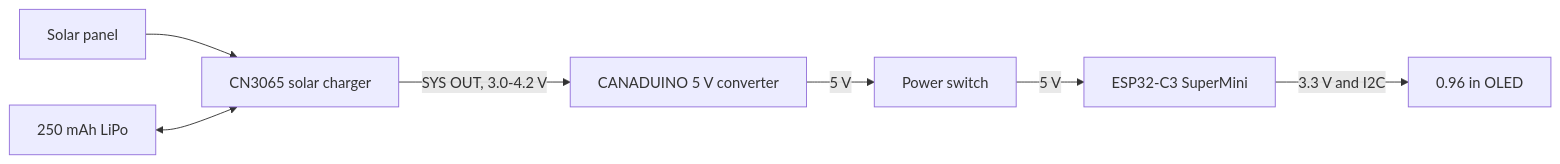
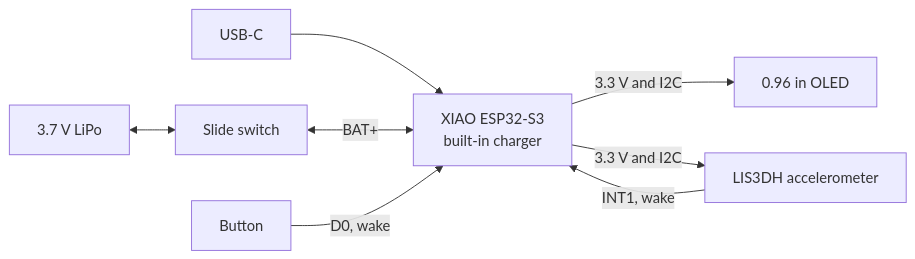
The first of 5 diagrams in README.md (hronkrobotics/solareyes), drawn with Mermaid before and after one commit. The commit also changed other lines of this file and 19 other files, not shown here.

First line of the commit message:
Version 2: XIAO ESP32-S3, USB-C charging, printed case, moods, and a dizzy mode

````diff
--- a/README.md
+++ b/README.md
@@ -27,9 +29,10 @@
 ```mermaid
 flowchart LR
-    PANEL["Solar panel"] --> CN["CN3065 solar charger"]
-    CELL["250 mAh LiPo"] <--> CN
-    CN -->|"SYS OUT, 3.0-4.2 V"| REG["CANADUINO 5 V converter"]
-    REG -->|"5 V"| SW["Power switch"]
-    SW -->|"5 V"| MCU["ESP32-C3 SuperMini"]
+    USB["USB-C"] --> MCU["XIAO ESP32-S3<br/>built-in charger"]
+    CELL["3.7 V LiPo"] <--> SW["Slide switch"]
+    SW <-->|"BAT+"| MCU
     MCU -->|"3.3 V and I2C"| OLED["0.96 in OLED"]
+    MCU -->|"3.3 V and I2C"| ACC["LIS3DH accelerometer"]
+    ACC -->|"INT1, wake"| MCU
+    BTN["Button"] -->|"D0, wake"| MCU
 ```
````
